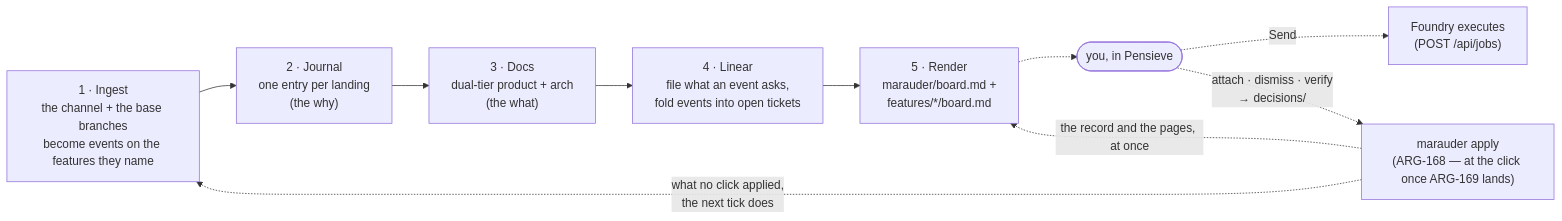
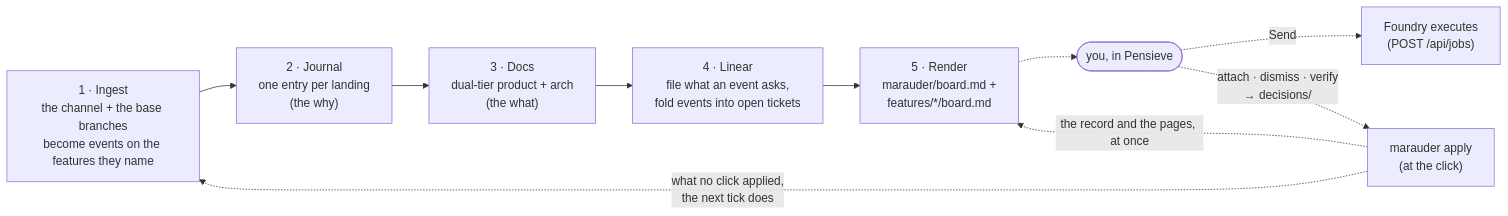
One commit to d0nwong/citadel changed the first of 4 diagrams in apps/argus/README.md. Above: the diagram before and after it, drawn with Mermaid. The commit also changed other lines of this file, not shown here.

First line of the commit message:
docs: ARG-169 landed — the click applies, in the loop docs and the board feature docs

````diff
--- a/apps/argus/README.md
+++ b/apps/argus/README.md
@@ -46,18 +44,18 @@
 ```mermaid
 flowchart LR
     ingest["1 · Ingest<br/>the channel + the base branches<br/>become events on the features they name"]
     journal["2 · Journal<br/>one entry per landing<br/>(the why)"]
     docs["3 · Docs<br/>dual-tier product + arch<br/>(the what)"]
     tickets["4 · Linear<br/>file what an event asks,<br/>fold events into open tickets"]
     board["5 · Render<br/>marauder/board.md +<br/>features/*/board.md"]
     decide(["you, in Pensieve"])
-    apply["marauder apply<br/>(ARG-168 — at the click once ARG-169 lands)"]
+    apply["marauder apply<br/>(at the click)"]
     foundry["Foundry executes<br/>(POST /api/jobs)"]
 
     ingest --> journal --> docs --> tickets --> board
     board -.-> decide
     decide -. "Send" .-> foundry
     decide -. "attach · dismiss · verify<br/>→ decisions/" .-> apply
     apply -. "the record and the pages, at once" .-> board
     apply -. "what no click applied,<br/>the next tick does" .-> ingest
 ```
````
